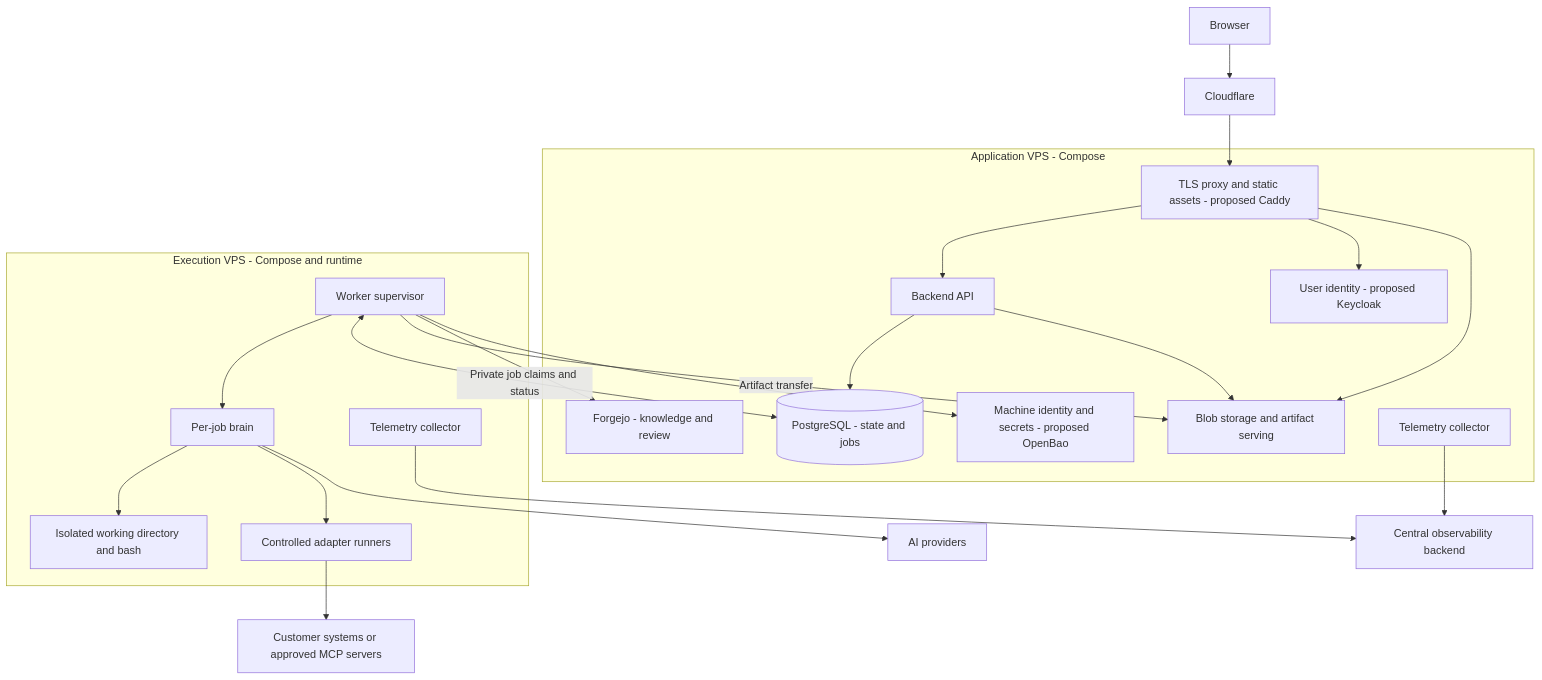
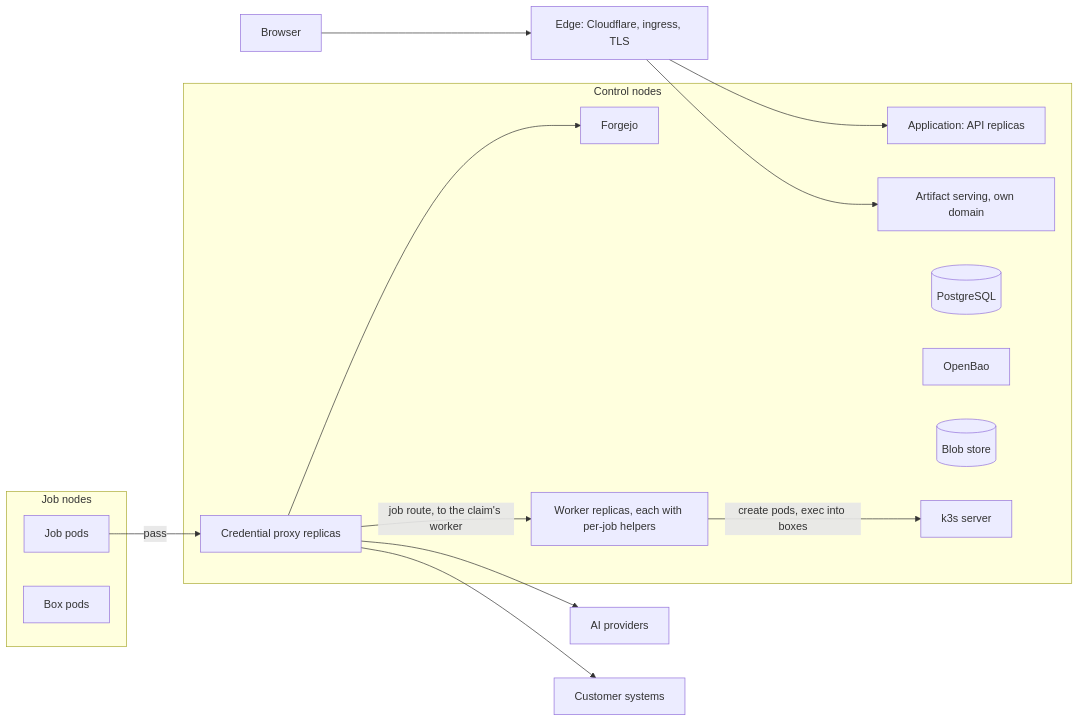
One commit to beetroot-salad/cyber-response-agent changed the diagram in defender/docs/decisions/vps-compose-deployment.md. Above: the diagram before and after it, drawn with Mermaid. The commit also changed other lines of this file, not shown here.

````diff
--- a/defender/docs/decisions/vps-compose-deployment.md
+++ b/defender/docs/decisions/vps-compose-deployment.md
@@ -100,38 +178,27 @@
 ```mermaid
-flowchart TB
-    Browser[Browser] --> Edge[Cloudflare]
-    subgraph AppHost[Application VPS - Compose]
-        Proxy[TLS proxy and static assets - proposed Caddy]
-        API[Backend API]
-        IdP[User identity - proposed Keycloak]
-        DB[(PostgreSQL - state and jobs)]
-        Blob[Blob storage and artifact serving]
-        Forge[Forgejo - knowledge and review]
-        Issuer[Machine identity and secrets - proposed OpenBao]
-        AppTelemetry[Telemetry collector]
-        Proxy --> API
-        Proxy --> IdP
-        Proxy --> Blob
-        API --> DB
-        API --> Blob
+flowchart LR
+    Browser --> Edge[Edge: Cloudflare, ingress, TLS]
+    Edge --> API[Application: API replicas]
+    Edge --> Art[Artifact serving, own domain]
+    subgraph Control[Control nodes]
+        API
+        Art
+        DB[(PostgreSQL)]
+        Bao[OpenBao]
+        Forge[Forgejo]
+        Blob[(Blob store)]
+        Proxy[Credential proxy replicas]
+        K3s[k3s server]
+        Worker[Worker replicas, each with per-job helpers]
     end
-    subgraph ExecutionHost[Execution VPS - Compose and runtime]
-        Worker[Worker supervisor]
-        Brain[Per-job brain]
-        Executor[Isolated working directory and bash]
-        Adapter[Controlled adapter runners]
-        WorkerTelemetry[Telemetry collector]
-        Worker --> Brain
-        Brain --> Executor
-        Brain --> Adapter
+    subgraph JobNodes[Job nodes]
+        Job[Job pods]
+        Box[Box pods]
     end
-    Edge --> Proxy
-    Worker <-->|Private job claims and status| DB
-    Worker -->|Artifact transfer| Blob
-    Worker --> Forge
-    Worker --> Issuer
-    Brain --> Models[AI providers]
-    Adapter --> Systems[Customer systems or approved MCP servers]
-    AppTelemetry --> Observability[Central observability backend]
-    WorkerTelemetry --> Observability
+    Job -->|pass| Proxy
+    Proxy -->|job route, to the claim's worker| Worker
+    Worker -->|create pods, exec into boxes| K3s
+    Proxy --> Models[AI providers]
+    Proxy --> Systems[Customer systems]
+    Proxy --> Forge
 ```
````
